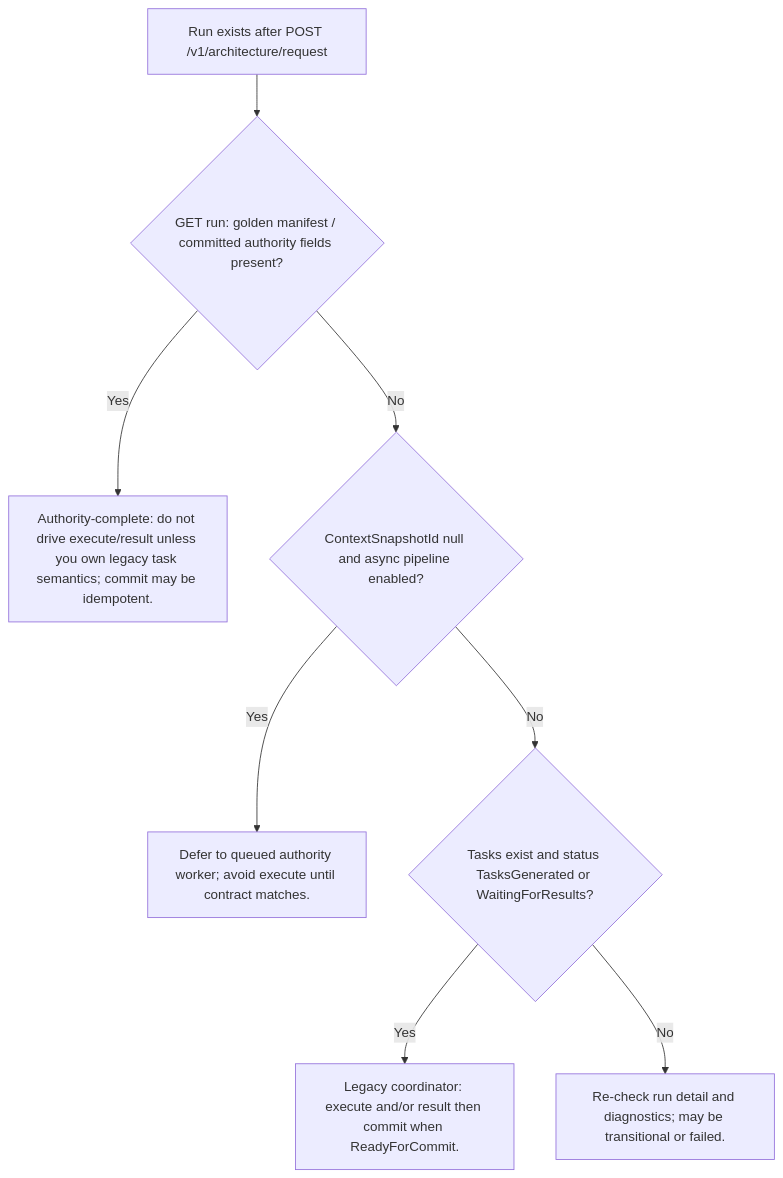
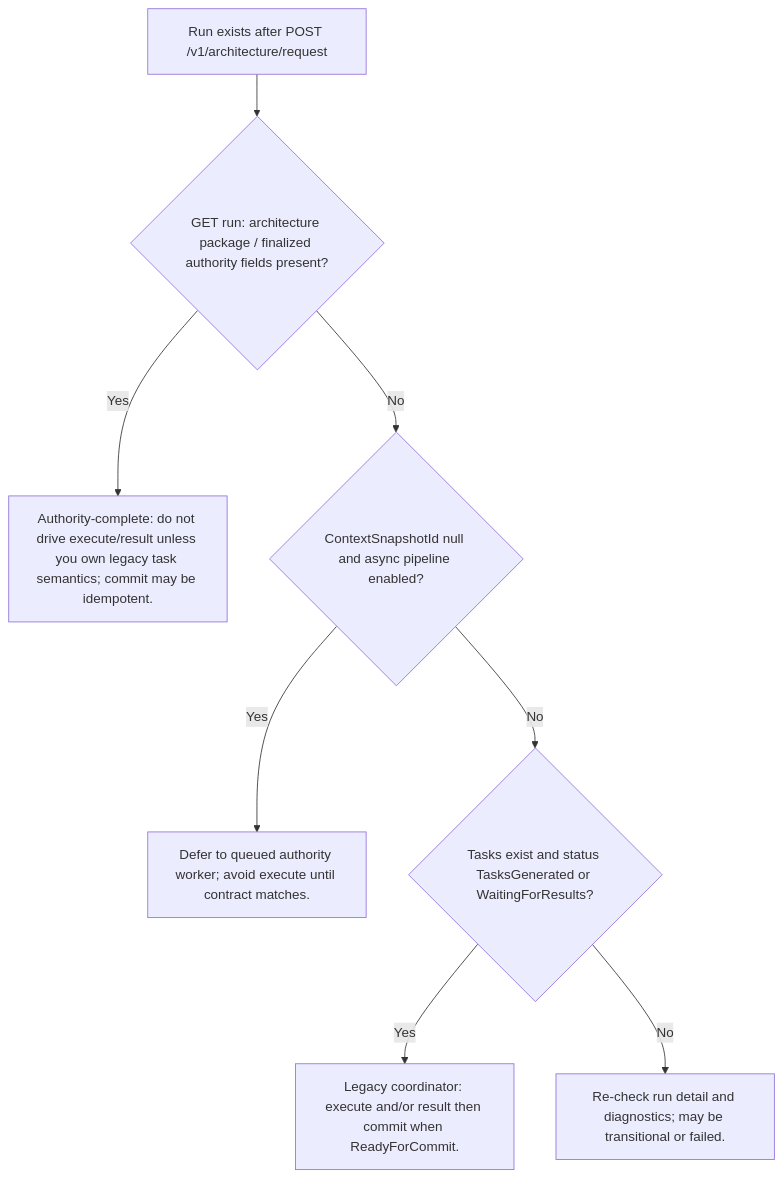
One commit to joefrancisGA/ArchLucid changed the diagram in docs/library/ARCHITECTURE_FLOWS.md. Above: the diagram before and after it, drawn with Mermaid. The commit also changed other lines of this file and 5 other files, not shown here.

First line of the commit message:
Align Batch 25 V1 scope and architecture-flow copy with Architect and Finalize language.

````diff
--- a/docs/library/ARCHITECTURE_FLOWS.md
+++ b/docs/library/ARCHITECTURE_FLOWS.md
@@ -40,10 +40,10 @@
 ```mermaid
 flowchart TD
-  A[Run exists after POST /v1/architecture/request] --> B{GET run: golden manifest / committed authority fields present?}
+  A[Run exists after POST /v1/architecture/request] --> B{GET run: architecture package / finalized authority fields present?}
   B -->|Yes| C[Authority-complete: do not drive execute/result unless you own legacy task semantics; commit may be idempotent.]
   B -->|No| D{ContextSnapshotId null and async pipeline enabled?}
   D -->|Yes| E[Defer to queued authority worker; avoid execute until contract matches.]
   D -->|No| F{Tasks exist and status TasksGenerated or WaitingForResults?}
   F -->|Yes| G[Legacy coordinator: execute and/or result then commit when ReadyForCommit.]
   F -->|No| H[Re-check run detail and diagnostics; may be transitional or failed.]
 ```
````
